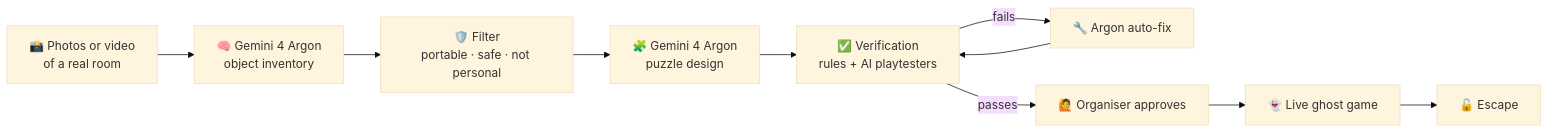
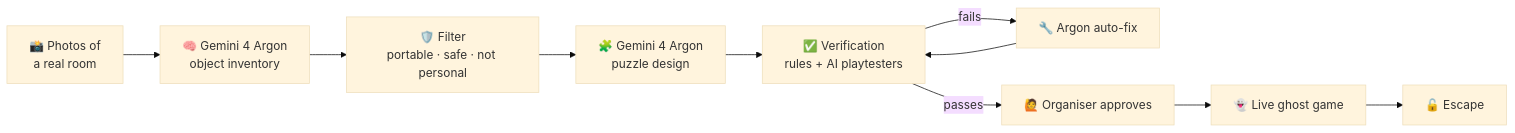
The diagram in README.md (YunqiWANG23/1), drawn with Mermaid (base theme) before and after one commit. The commit also changed other lines of this file, not shown here.

````diff
--- a/README.md
+++ b/README.md
@@ -62,12 +93,12 @@
 ```mermaid
 flowchart LR
-    A[📸 Photos or video<br/>of a real room] --> B[🧠 Gemini 4 Argon<br/>object inventory]
+    A[📸 Photos of<br/>a real room] --> B[🧠 Gemini 4 Argon<br/>object inventory]
     B --> C[🛡️ Filter<br/>portable · safe · not personal]
     C --> D[🧩 Gemini 4 Argon<br/>puzzle design]
     D --> E[✅ Verification<br/>rules + AI playtesters]
     E -- fails --> F[🔧 Argon auto-fix]
     F --> E
     E -- passes --> G[🙋 Organiser approves]
     G --> H[👻 Live ghost game]
     H --> I[🔓 Escape]
 ```
````
